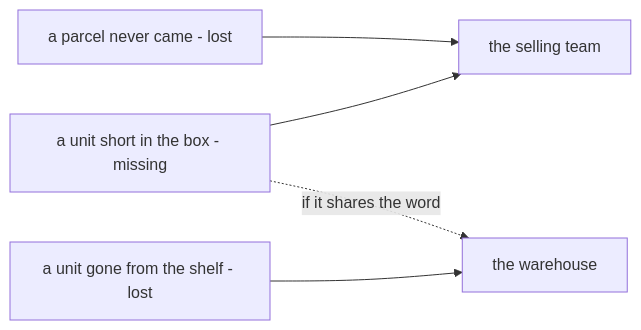
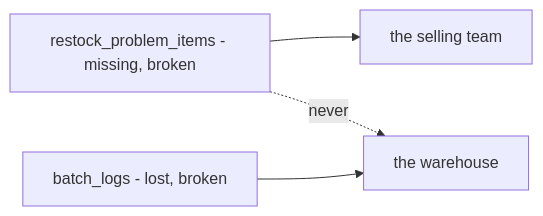
The seventh of 7 diagrams in docs/business/inventory/restock_clarify.md (pdcgo/warehouse_revamp), drawn with Mermaid before and after one commit. The commit also changed other lines of this file and 10 other files, not shown here.

````diff
--- a/docs/business/inventory/restock_clarify.md
+++ b/docs/business/inventory/restock_clarify.md
@@ -346,7 +441,6 @@
 ```mermaid
 flowchart LR
-  P["a parcel never came - lost"] --> SEL["the selling team"]
-  M["a unit short in the box - missing"] --> SEL
-  G["a unit gone from the shelf - lost"] --> WH["the warehouse"]
-  M -.->|"if it shares the word"| WH
+  M["restock_problem_items - missing, broken"] --> S["the selling team"]
+  B["batch_logs - lost, broken"] --> W["the warehouse"]
+  M -.->|"never"| W
 ```
````
